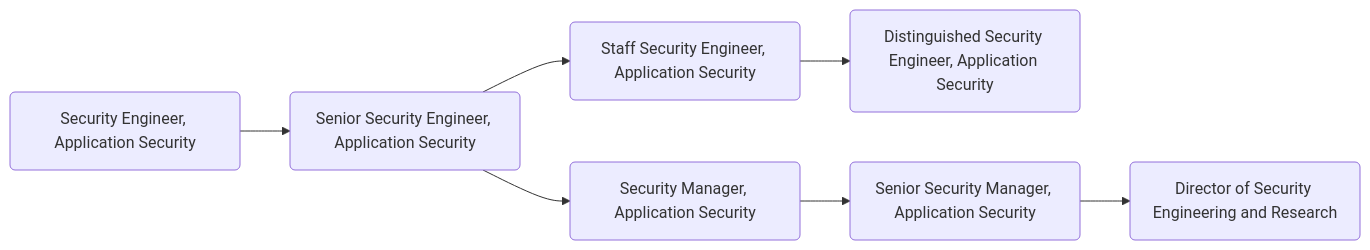
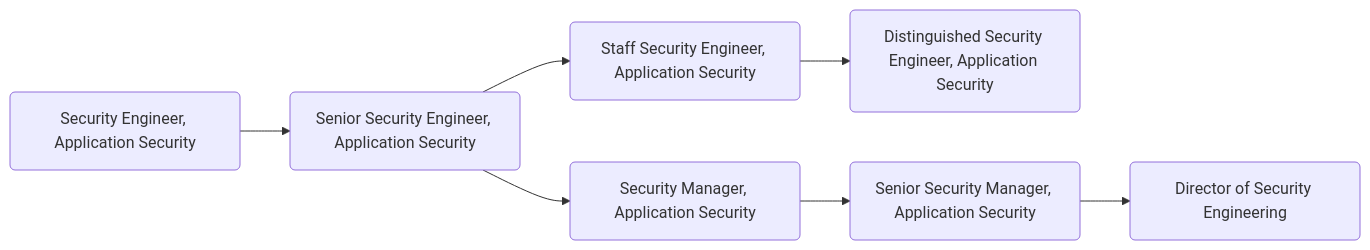
The diagram in job-families/security/application-security/index.html.md (secretstartups/handbook), drawn with Mermaid before and after one commit. The commit also changed other lines of this file and 7 other files, not shown here.

Commit message:
Rename Security Research and Engineering

````diff
--- a/job-families/security/application-security/index.html.md
+++ b/job-families/security/application-security/index.html.md
@@ -224,9 +224,9 @@
 ```mermaid
   graph LR;
   sec:se(Security Engineer, Application Security) --> sec:sse(Senior Security Engineer, Application Security);
   sec:sse(Senior Security Engineer, Application Security) --> sec:stse(Staff Security Engineer, Application Security);
   sec:stse(Staff Security Engineer, Application Security) --> sec:dse(Distinguished Security Engineer, Application Security);
   sec:sse(Senior Security Engineer, Application Security)-->sec:sem(Security Manager, Application Security);
   sec:sem(Security Manager, Application Security)-->sec:sesm(Senior Security Manager, Application Security);
-  sec:sesm(Senior Security Manager, Application Security)-->sec:ds(Director of Security Engineering and Research);
+  sec:sesm(Senior Security Manager, Application Security)-->sec:ds(Director of Security Engineering);
 ```
````
